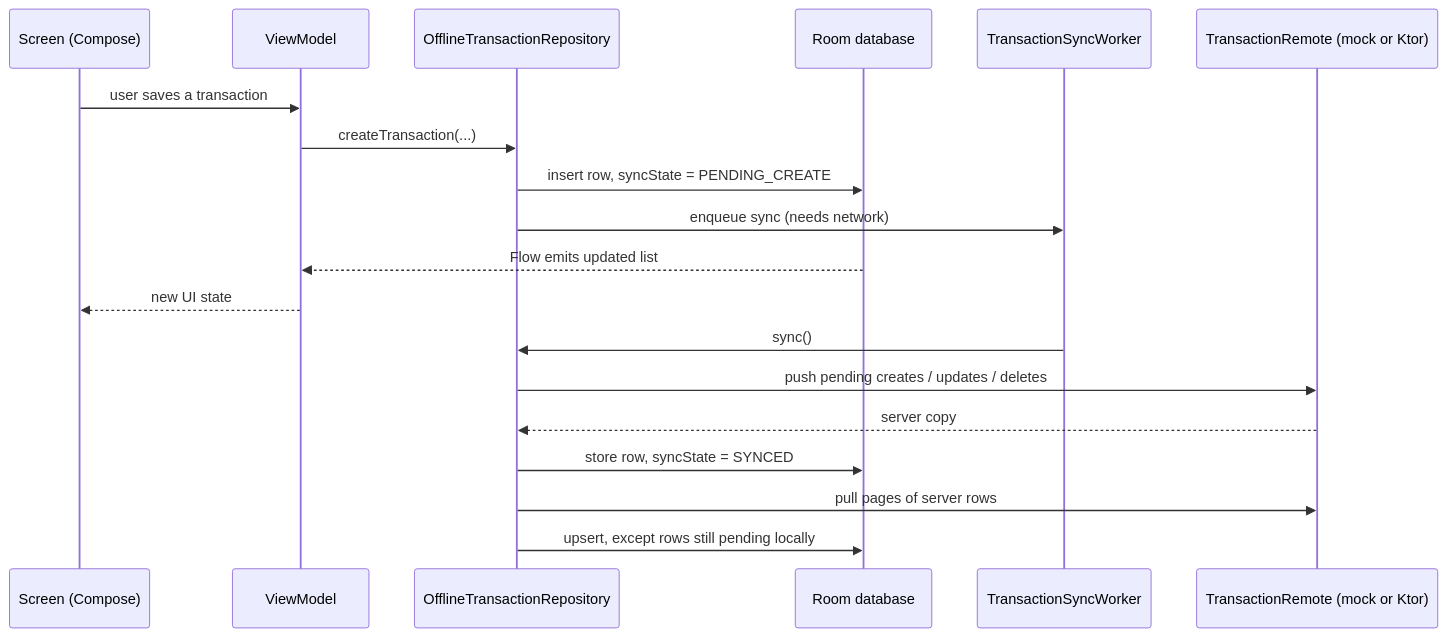
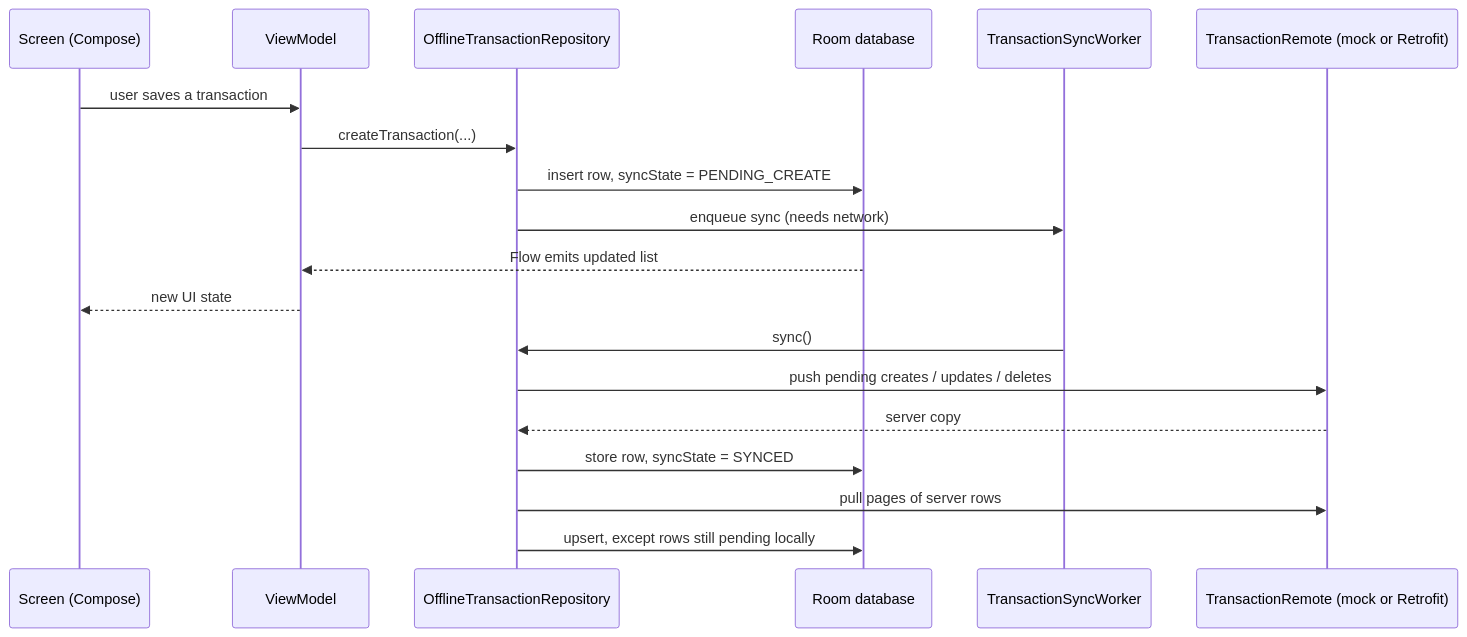
Before and after one commit to sourabhrustagi/Personal-ledger-android: the second of 2 diagrams in docs/ARCHITECTURE.md, drawn with Mermaid. The commit also changed other lines of this file, not shown here.

Commit message:
Update architecture documentation to replace Ktor with Retrofit

````diff
--- a/docs/ARCHITECTURE.md
+++ b/docs/ARCHITECTURE.md
@@ -57,22 +57,22 @@
 ```mermaid
 sequenceDiagram
     participant UI as Screen (Compose)
     participant VM as ViewModel
     participant Repo as OfflineTransactionRepository
     participant Room as Room database
     participant Work as TransactionSyncWorker
-    participant Remote as TransactionRemote (mock or Ktor)
+    participant Remote as TransactionRemote (mock or Retrofit)
 
     UI->>VM: user saves a transaction
     VM->>Repo: createTransaction(...)
     Repo->>Room: insert row, syncState = PENDING_CREATE
     Repo->>Work: enqueue sync (needs network)
     Room-->>VM: Flow emits updated list
     VM-->>UI: new UI state
     Work->>Repo: sync()
     Repo->>Remote: push pending creates / updates / deletes
     Remote-->>Repo: server copy
     Repo->>Room: store row, syncState = SYNCED
     Repo->>Remote: pull pages of server rows
     Repo->>Room: upsert, except rows still pending locally
 ```
````
